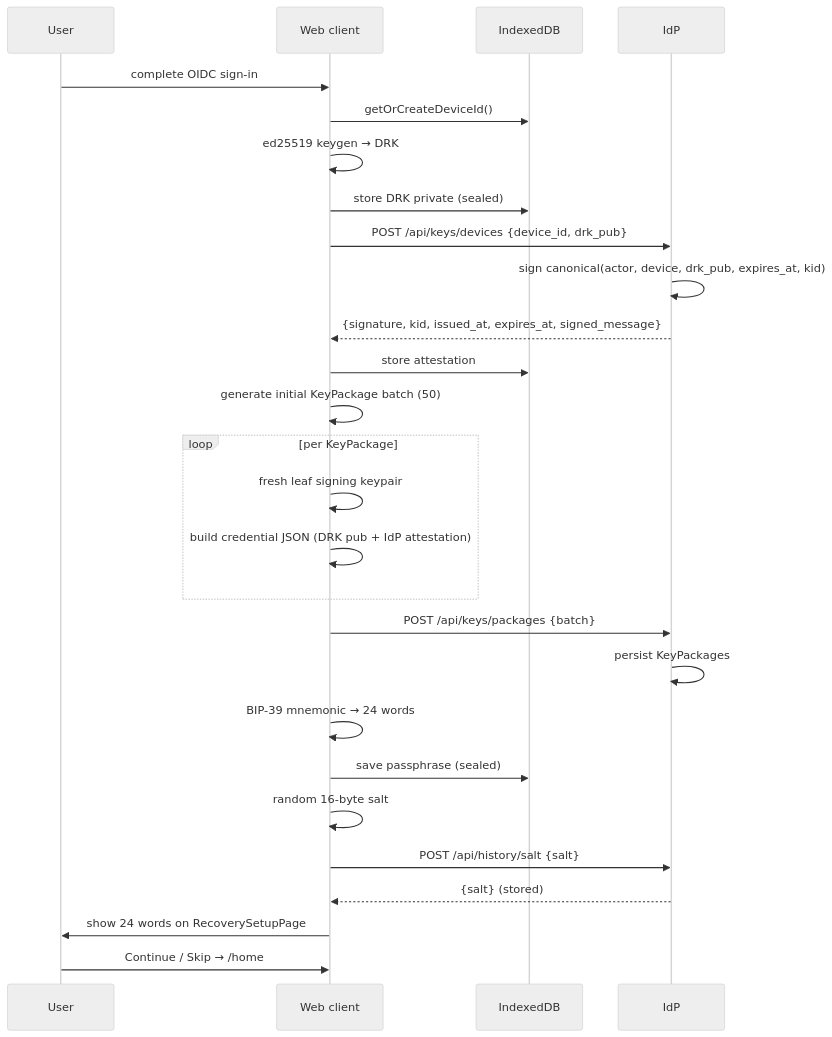
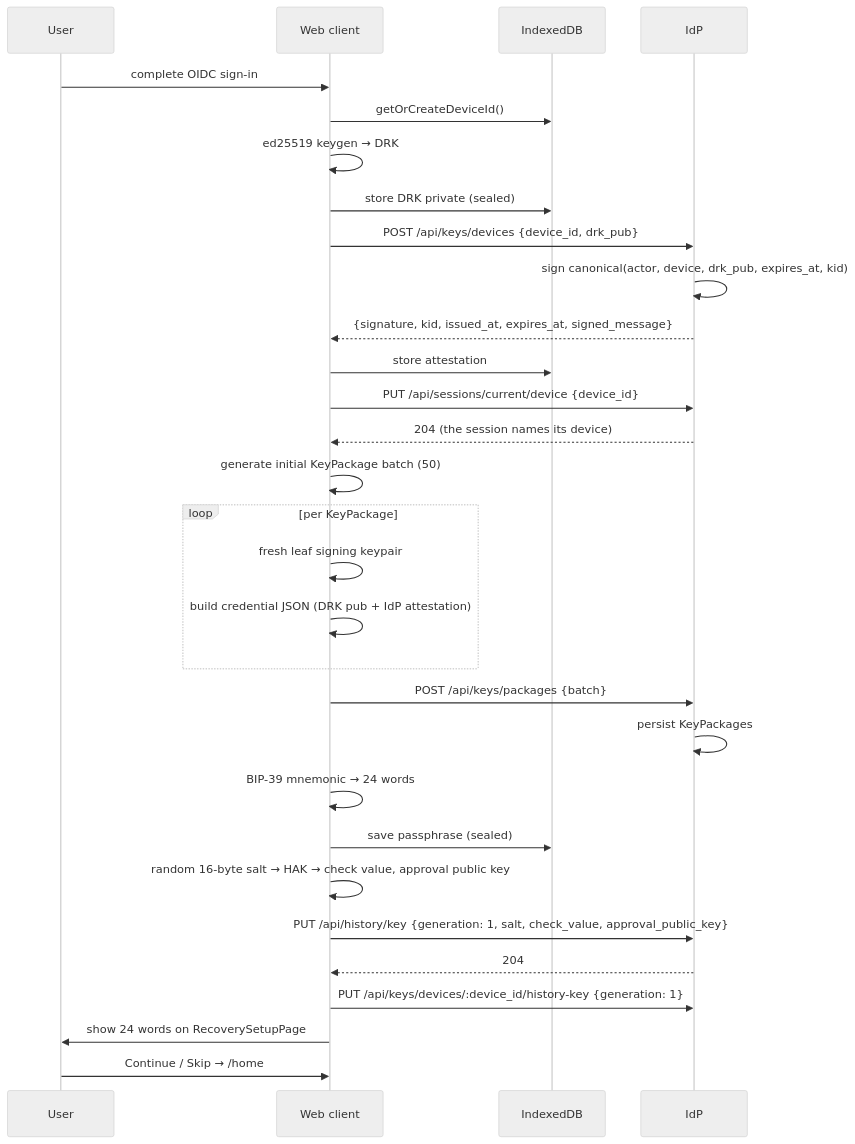
Before and after one commit to Pina-i/pinai: the fifth of 14 diagrams in identity-provider/specs/e2ee.md, drawn with Mermaid (neutral theme). The commit also changed other lines of this file and 40 other files, not shown here.

````diff
--- a/identity-provider/specs/e2ee.md
+++ b/identity-provider/specs/e2ee.md
@@ -451,30 +517,33 @@
 ```mermaid
 sequenceDiagram
     participant U as User
     participant Web as Web client
     participant IDB as IndexedDB
     participant IdP
 
     U->>Web: complete OIDC sign-in
     Web->>IDB: getOrCreateDeviceId()
     Web->>Web: ed25519 keygen → DRK
     Web->>IDB: store DRK private (sealed)
     Web->>IdP: POST /api/keys/devices {device_id, drk_pub}
     IdP->>IdP: sign canonical(actor, device, drk_pub, expires_at, kid)
     IdP-->>Web: {signature, kid, issued_at, expires_at, signed_message}
     Web->>IDB: store attestation
+    Web->>IdP: PUT /api/sessions/current/device {device_id}
+    IdP-->>Web: 204 (the session names its device)
     Web->>Web: generate initial KeyPackage batch (50)
     loop per KeyPackage
         Web->>Web: fresh leaf signing keypair
         Web->>Web: build credential JSON (DRK pub + IdP attestation)
     end
     Web->>IdP: POST /api/keys/packages {batch}
     IdP->>IdP: persist KeyPackages
     Web->>Web: BIP-39 mnemonic → 24 words
     Web->>IDB: save passphrase (sealed)
-    Web->>Web: random 16-byte salt
-    Web->>IdP: POST /api/history/salt {salt}
-    IdP-->>Web: {salt} (stored)
+    Web->>Web: random 16-byte salt → HAK → check value, approval public key
+    Web->>IdP: PUT /api/history/key {generation: 1, salt, check_value, approval_public_key}
+    IdP-->>Web: 204
+    Web->>IdP: PUT /api/keys/devices/:device_id/history-key {generation: 1}
     Web->>U: show 24 words on RecoverySetupPage
     U->>Web: Continue / Skip → /home
 ```
````
